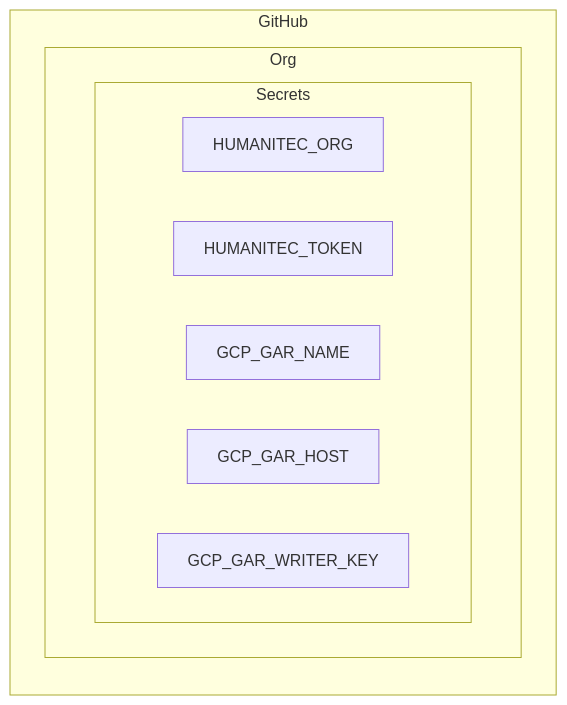
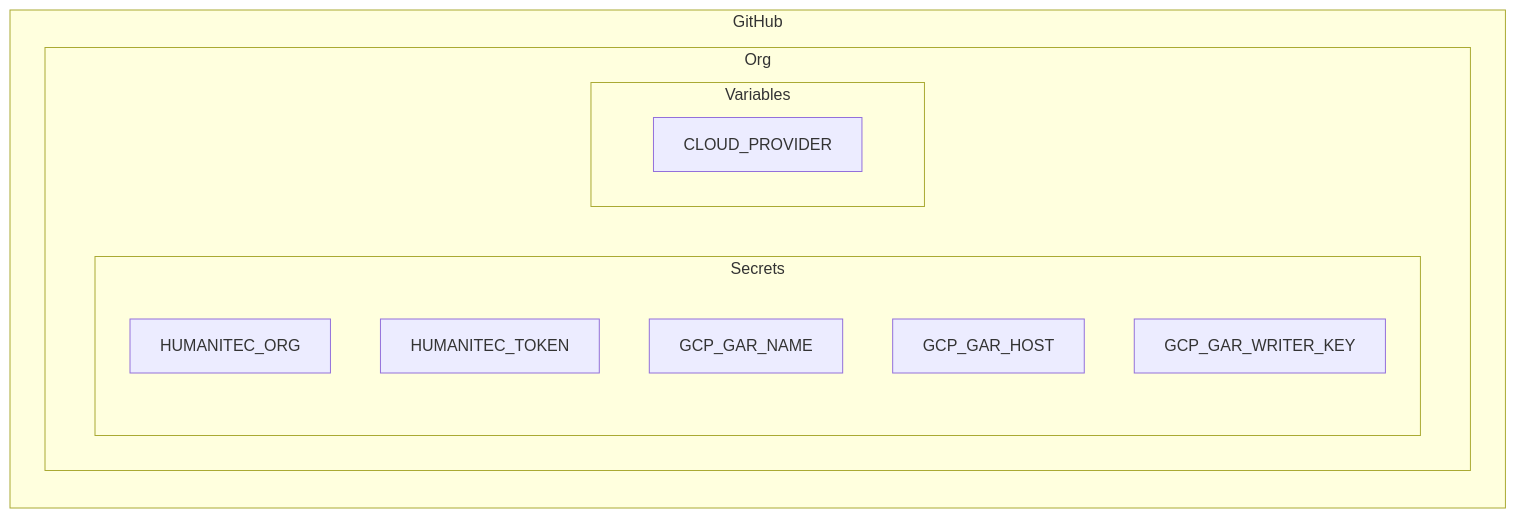
The second of 2 diagrams in README.md (TEST-ACCOUNT-APURV/redis-test), drawn with Mermaid before and after one commit. The commit also changed 1 other file, not shown here.

Commit message:
github_actions_organization_variable - cloud_provider

````diff
--- a/README.md
+++ b/README.md
@@ -38,14 +38,17 @@
 ```mermaid
 flowchart LR
   subgraph GitHub
     subgraph Org
       subgraph Secrets
         HUMANITEC_ORG
         HUMANITEC_TOKEN
         GCP_GAR_NAME
         GCP_GAR_HOST
         GCP_GAR_WRITER_KEY
       end
+      subgraph Variables
+        CLOUD_PROVIDER
+      end
     end
   end
 ```
````
